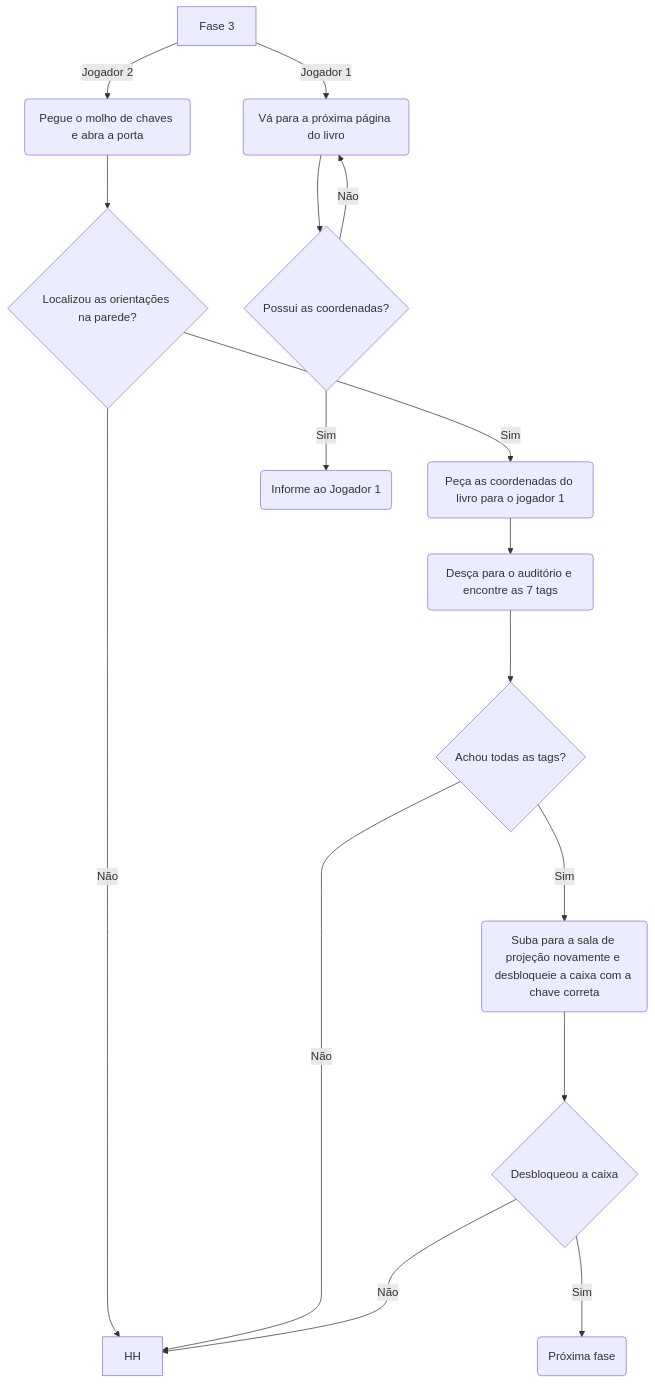
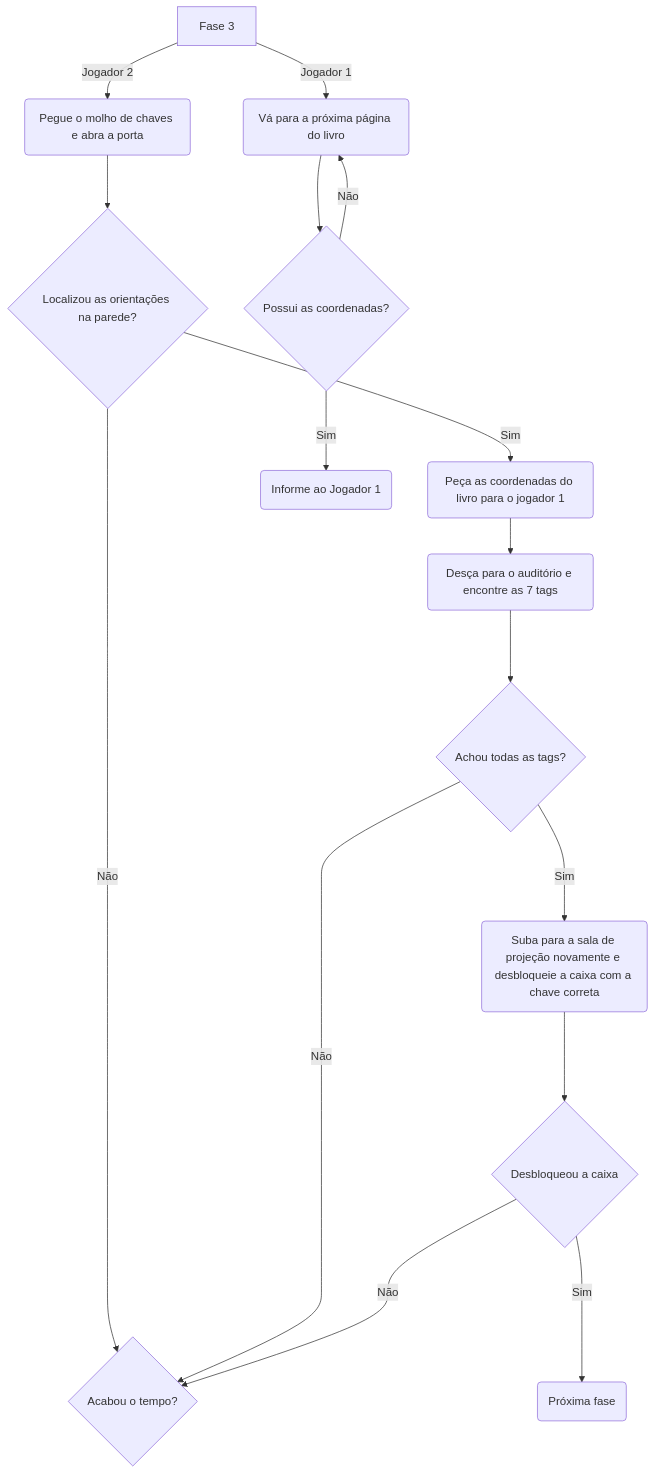
The fourth of 4 diagrams in README.md (DinamicCreative/EscapeRoom), drawn with Mermaid before and after one commit.

````diff
--- a/README.md
+++ b/README.md
@@ -110,24 +110,24 @@
 ```mermaid
 flowchart TD
   AA[Fase 3]
   AA --> |Jogador 1| BB(Vá para a próxima página do livro)
   AA --> |Jogador 2| CC(Pegue o molho de chaves e abra a porta)
   CC --> DD{Localizou as orientações na parede?}
  
  DD --> |Sim| LL(Peça as coordenadas do livro para o jogador 1)
 DD --> |Não| HH
 
 
  LL --> AAA(Desça para o auditório e encontre as 7 tags)
  AAA ---> BBB{Achou todas as tags?}
- BBB ---> |Não| HH
+ BBB ---> |Não| HH{Acabou o tempo?}
  BBB ---> |Sim| CCC(Suba para a sala de projeção novamente e desbloqueie a caixa com a chave correta)
  CCC ---> DDD{Desbloqueou a caixa}
  DDD ---> |Sim| EEE(Próxima fase)
  DDD ---> |Não| HH
 
 BB --> RR{Possui as coordenadas?}
 RR -->  |Sim| SS(Informe ao Jogador 1)
 RR -->  |Não| BB
 
 ```
````
